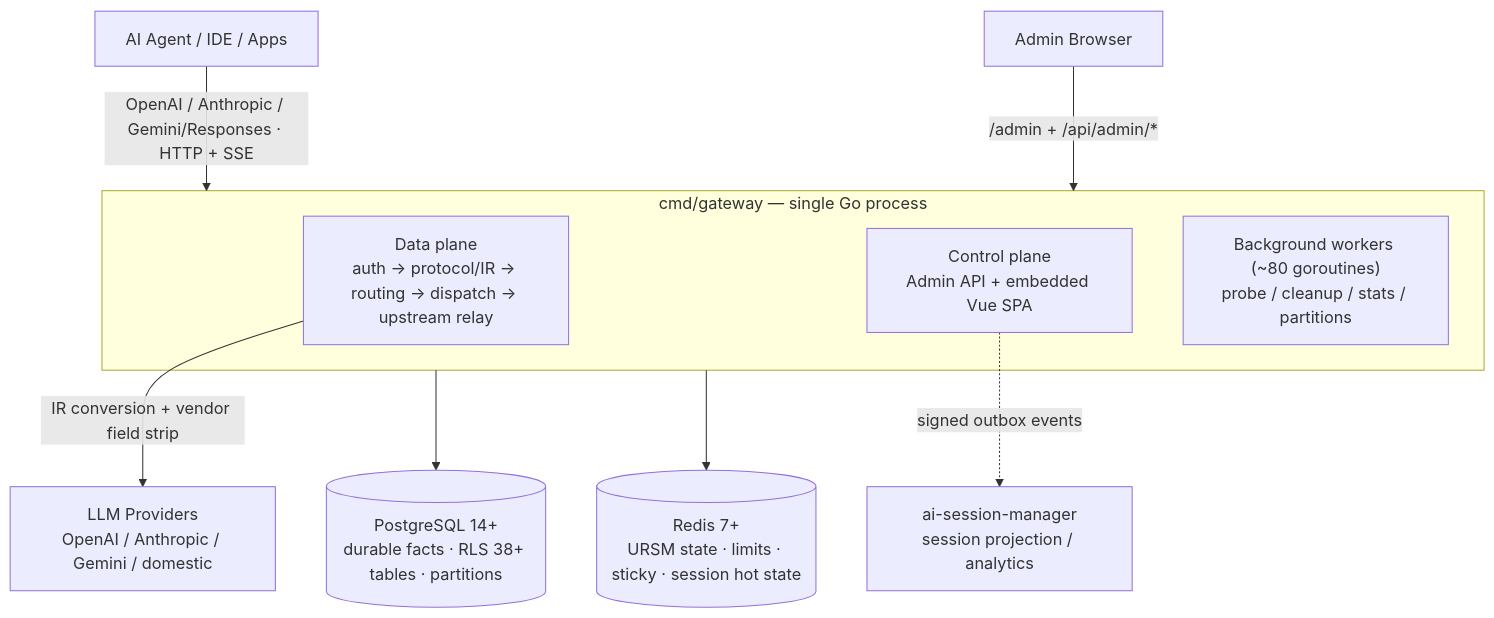
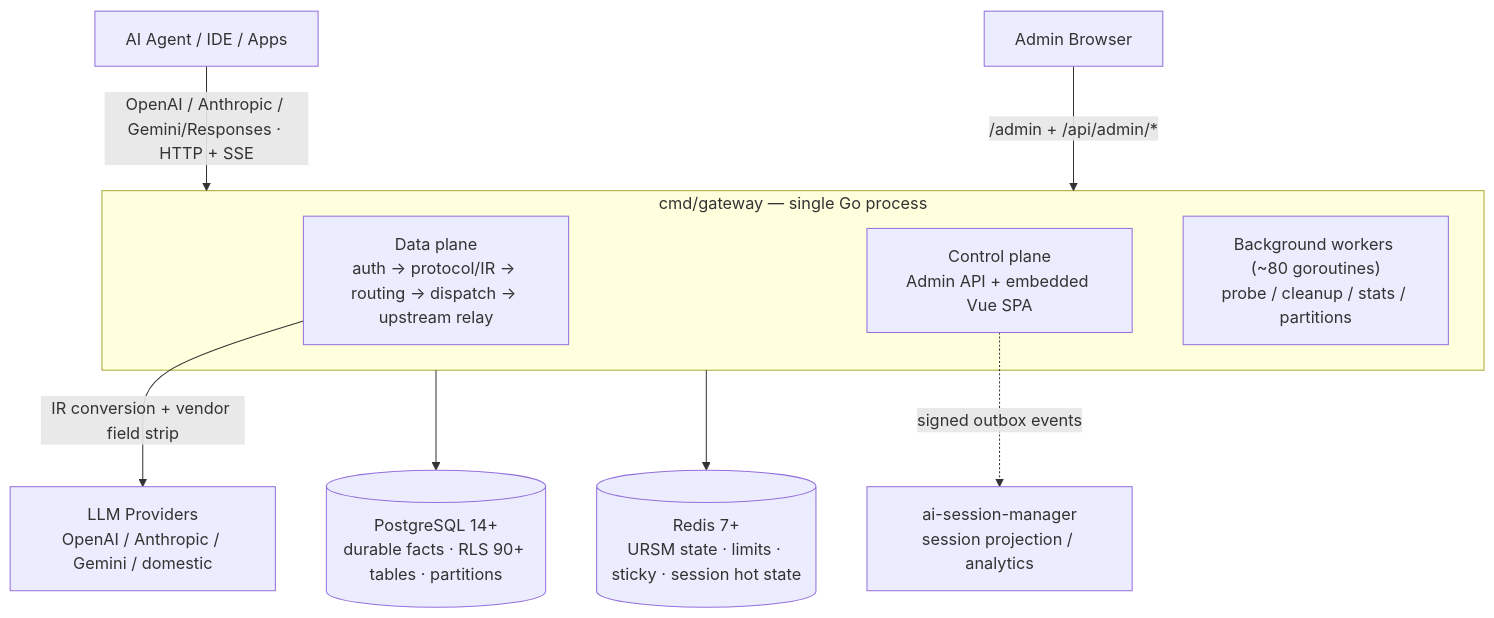
Before and after one commit to halfking/ai-native-gateway-core: the diagram in README.ar.md, drawn with Mermaid. The commit also changed other lines of this file and 14 other files, not shown here.

````diff
--- a/README.ar.md
+++ b/README.ar.md
@@ -72,15 +72,15 @@
 ```mermaid
 graph TB
     AGENT["AI Agent / IDE / Apps"] -->|"OpenAI / Anthropic / Gemini/Responses · HTTP + SSE"| GW
     ADMIN["Admin Browser"] -->|"/admin + /api/admin/*"| GW
     subgraph GW["cmd/gateway — single Go process"]
         DP["Data plane<br/>auth → protocol/IR → routing → dispatch → upstream relay"]
         CP["Control plane<br/>Admin API + embedded Vue SPA"]
         BGW["Background workers (~80 goroutines)<br/>probe / cleanup / stats / partitions"]
     end
-    GW --> PG[("PostgreSQL 14+<br/>durable facts · RLS 38+ tables · partitions")]
+    GW --> PG[("PostgreSQL 14+<br/>durable facts · RLS 90+ tables · partitions")]
     GW --> RD[("Redis 7+<br/>URSM state · limits · sticky · session hot state")]
     DP -->|"IR conversion + vendor field strip"| P["LLM Providers<br/>OpenAI / Anthropic / Gemini / domestic"]
     CP -.->|"signed outbox events"| ASM["ai-session-manager<br/>session projection / analytics"]
 
 ```
````
